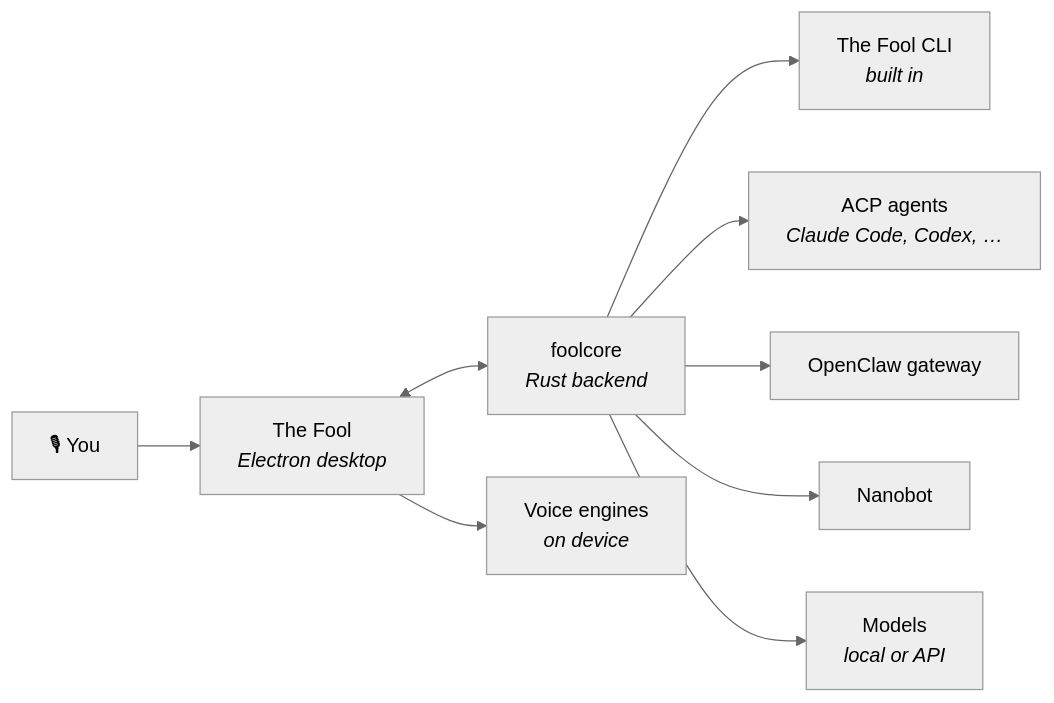
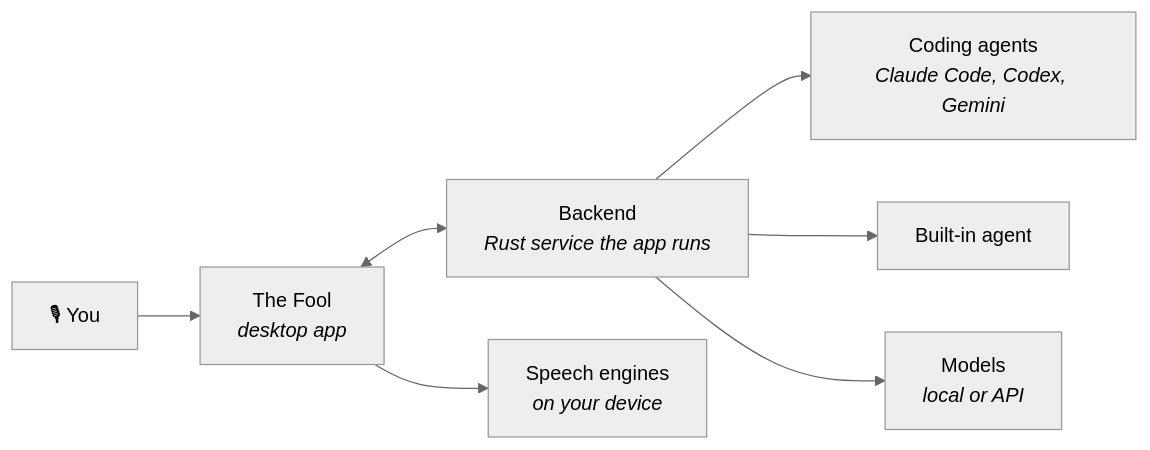
Before and after one commit to zaorenn/The-Fool-Cli: the second of 2 diagrams in readme.md, drawn with Mermaid (neutral theme). The commit also changed other lines of this file, not shown here.

````diff
--- a/readme.md
+++ b/readme.md
@@ -90,11 +140,9 @@
 ```mermaid
 flowchart LR
-  U["🎙 You"] --> D["The Fool<br/><i>Electron desktop</i>"]
-  D <--> B["foolcore<br/><i>Rust backend</i>"]
-  B --> F["The Fool CLI<br/><i>built in</i>"]
-  B --> A["ACP agents<br/><i>Claude Code, Codex, …</i>"]
-  B --> O["OpenClaw gateway"]
-  B --> N["Nanobot"]
-  D --> V["Voice engines<br/><i>on device</i>"]
+  U["🎙 You"] --> D["The Fool<br/><i>desktop app</i>"]
+  D <--> B["Backend<br/><i>Rust service the app runs</i>"]
+  B --> A["Coding agents<br/><i>Claude Code, Codex, Gemini</i>"]
+  B --> F["Built-in agent"]
+  D --> V["Speech engines<br/><i>on your device</i>"]
   B --> M["Models<br/><i>local or API</i>"]
 ```
````
